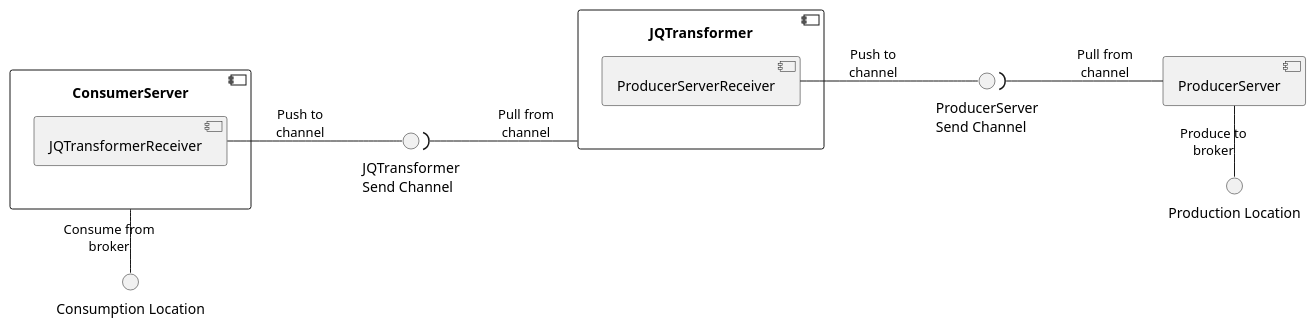
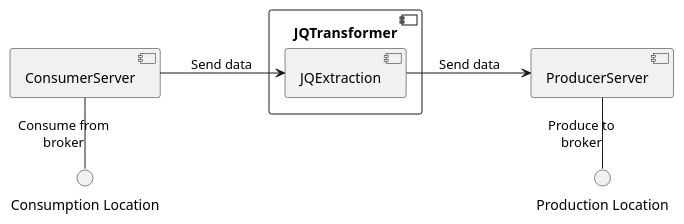
The diagram in docs/design_notes/DN1_JSON_Extractor/JSON_Extractor_components.puml (xtuml/otel2pv), drawn with PlantUML before and after one commit. The commit also changed 14 other files, not shown here.

First line of the commit message:
Cdsopv 63 update architecture to remove receiver and use pushable as receiver (#29)

```diff
--- a/docs/design_notes/DN1_JSON_Extractor/JSON_Extractor_components.puml
+++ b/docs/design_notes/DN1_JSON_Extractor/JSON_Extractor_components.puml
@@ -1,22 +1,16 @@
 @startuml
 left to right direction
-component ConsumerServer {
-    component JQTransformerReceiver
+component ConsumerServer
+component JQTransformer {
+    component JQExtraction
 }
-component JQTransformer {
-    component ProducerServerReceiver
-}
-interface "JQTransformer\nSend Channel" as JQTransformerChannel
-component ProducerServer {
-}
-interface "ProducerServer\nSend Channel" as ProducerServerChannel
+component ProducerServer
 interface "Consumption Location" as ConsumptionLocation
 interface "Production Location" as ProductionLocation
-JQTransformerReceiver -down- JQTransformerChannel : Push to\nchannel
-ProducerServerReceiver -down- ProducerServerChannel : Push to\nchannel
-JQTransformerChannel )-down- JQTransformer : Pull from\nchannel
-ProducerServerChannel )-down- ProducerServer : Pull from\nchannel
 
-ConsumerServer -left- ConsumptionLocation : Consume from\nbroker 
+ConsumerServer -down-> JQExtraction : Send data
+JQExtraction -down-> ProducerServer : Send data
+
+ConsumerServer -right- ConsumptionLocation : Consume from\nbroker 
 ProducerServer -right- ProductionLocation : Produce to\nbroker
 @enduml
```
